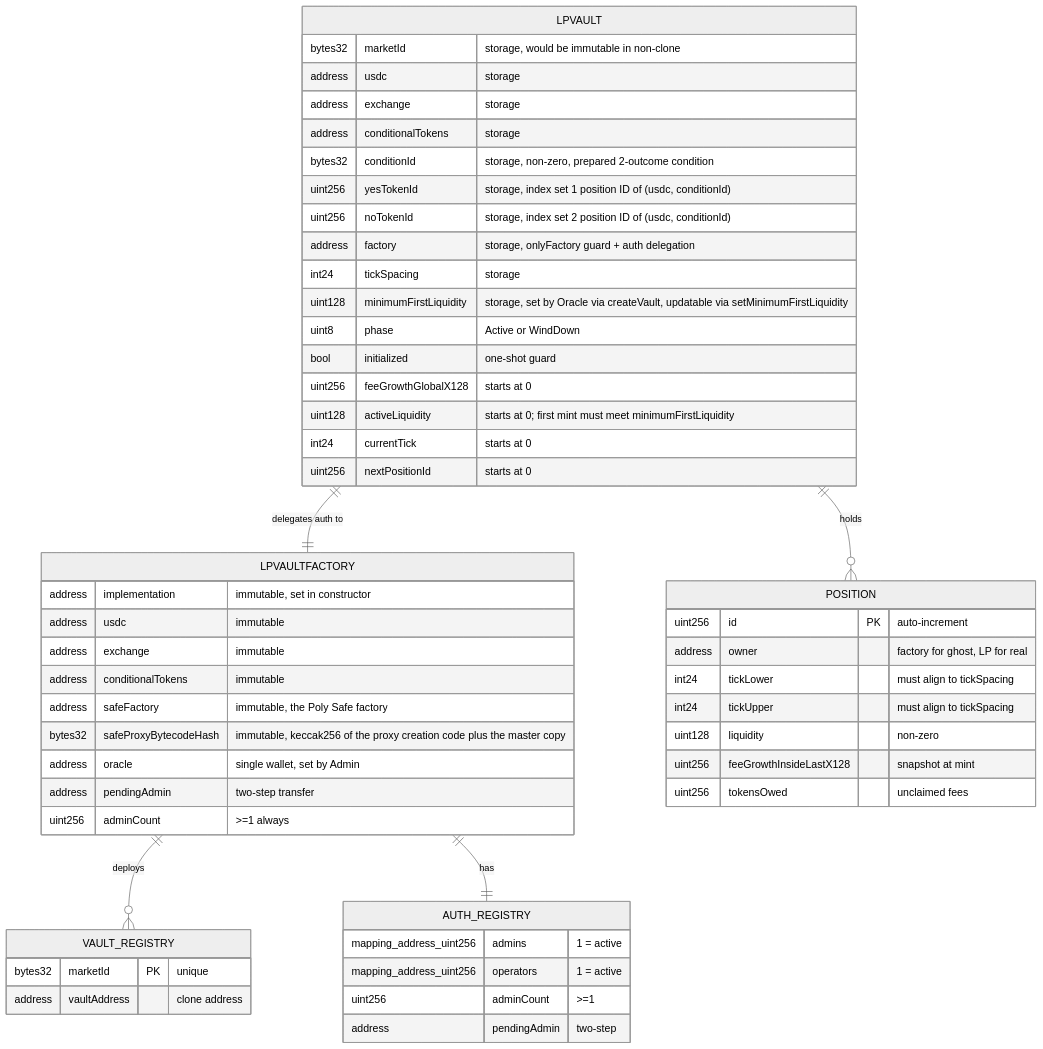
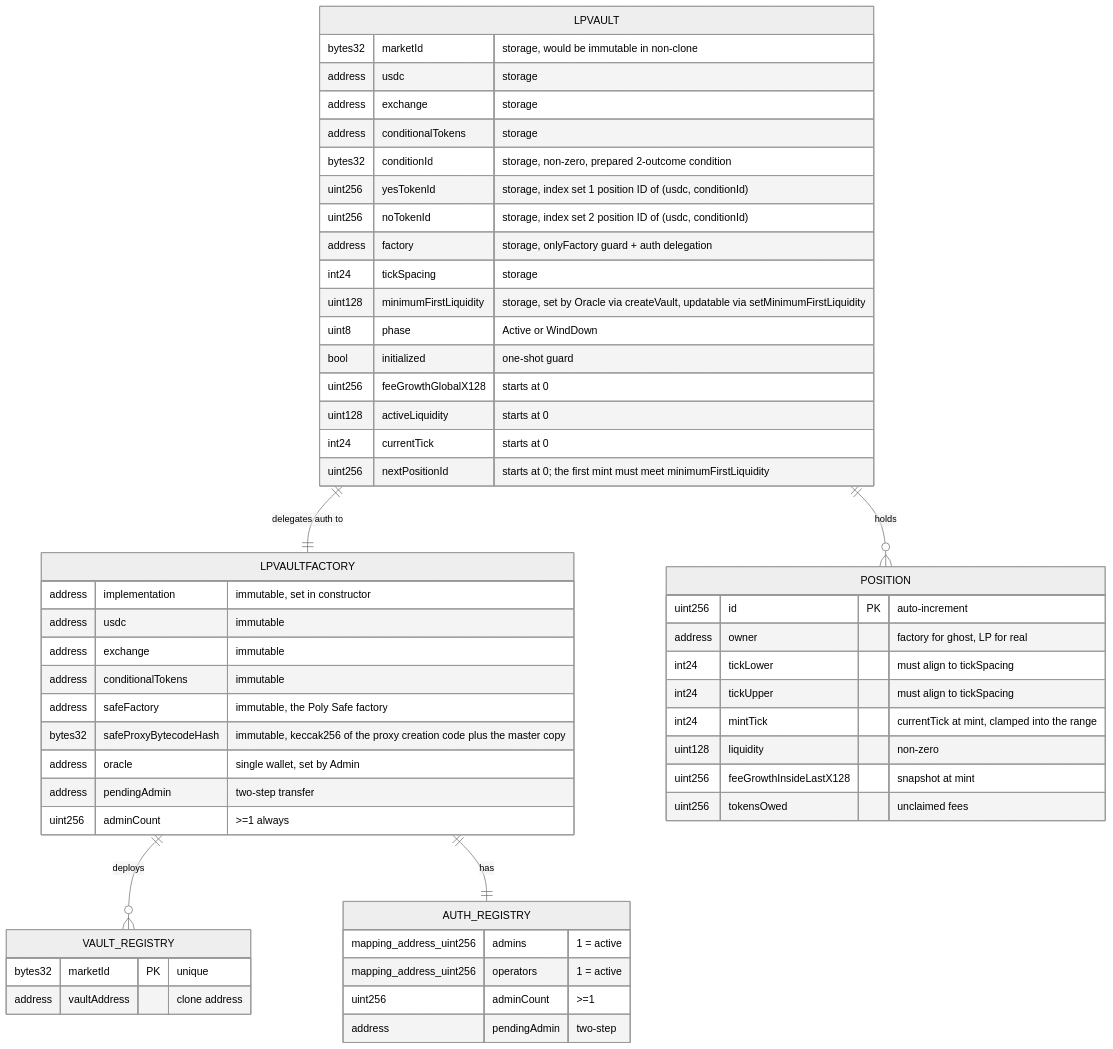
One commit to ProphetMarket/lp-vaults changed the third of 4 diagrams in specs/features/contracts/FEAT-REPZ-deploy-lp-vault-for-a-market/ARCHITECTURE.md. Above: the diagram before and after it, drawn with Mermaid (neutral theme). The commit also changed other lines of this file and 14 other files, not shown here.

First line of the commit message:
spec (vault): Specify the mint tick and the merge guards

````diff
--- a/specs/features/contracts/FEAT-REPZ-deploy-lp-vault-for-a-market/ARCHITECTURE.md
+++ b/specs/features/contracts/FEAT-REPZ-deploy-lp-vault-for-a-market/ARCHITECTURE.md
@@ -64,55 +64,56 @@
 ```mermaid
 erDiagram
     LPVAULTFACTORY {
         address implementation "immutable, set in constructor"
         address usdc "immutable"
         address exchange "immutable"
         address conditionalTokens "immutable"
         address safeFactory "immutable, the Poly Safe factory"
         bytes32 safeProxyBytecodeHash "immutable, keccak256 of the proxy creation code plus the master copy"
         address oracle "single wallet, set by Admin"
         address pendingAdmin "two-step transfer"
         uint256 adminCount ">=1 always"
     }
     LPVAULTFACTORY ||--o{ VAULT_REGISTRY : "deploys"
     VAULT_REGISTRY {
         bytes32 marketId PK "unique"
         address vaultAddress "clone address"
     }
     LPVAULT {
         bytes32 marketId "storage, would be immutable in non-clone"
         address usdc "storage"
         address exchange "storage"
         address conditionalTokens "storage"
         bytes32 conditionId "storage, non-zero, prepared 2-outcome condition"
         uint256 yesTokenId "storage, index set 1 position ID of (usdc, conditionId)"
         uint256 noTokenId "storage, index set 2 position ID of (usdc, conditionId)"
         address factory "storage, onlyFactory guard + auth delegation"
         int24 tickSpacing "storage"
         uint128 minimumFirstLiquidity "storage, set by Oracle via createVault, updatable via setMinimumFirstLiquidity"
         uint8 phase "Active or WindDown"
         bool initialized "one-shot guard"
         uint256 feeGrowthGlobalX128 "starts at 0"
-        uint128 activeLiquidity "starts at 0; first mint must meet minimumFirstLiquidity"
+        uint128 activeLiquidity "starts at 0"
         int24 currentTick "starts at 0"
-        uint256 nextPositionId "starts at 0"
+        uint256 nextPositionId "starts at 0; the first mint must meet minimumFirstLiquidity"
     }
     LPVAULT ||--o{ POSITION : "holds"
     POSITION {
         uint256 id PK "auto-increment"
         address owner "factory for ghost, LP for real"
         int24 tickLower "must align to tickSpacing"
         int24 tickUpper "must align to tickSpacing"
+        int24 mintTick "currentTick at mint, clamped into the range"
         uint128 liquidity "non-zero"
         uint256 feeGrowthInsideLastX128 "snapshot at mint"
         uint256 tokensOwed "unclaimed fees"
     }
     AUTH_REGISTRY {
         mapping_address_uint256 admins "1 = active"
         mapping_address_uint256 operators "1 = active"
         uint256 adminCount ">=1"
         address pendingAdmin "two-step"
     }
     LPVAULTFACTORY ||--|| AUTH_REGISTRY : "has"
     LPVAULT ||--|| LPVAULTFACTORY : "delegates auth to"
 ```
````
